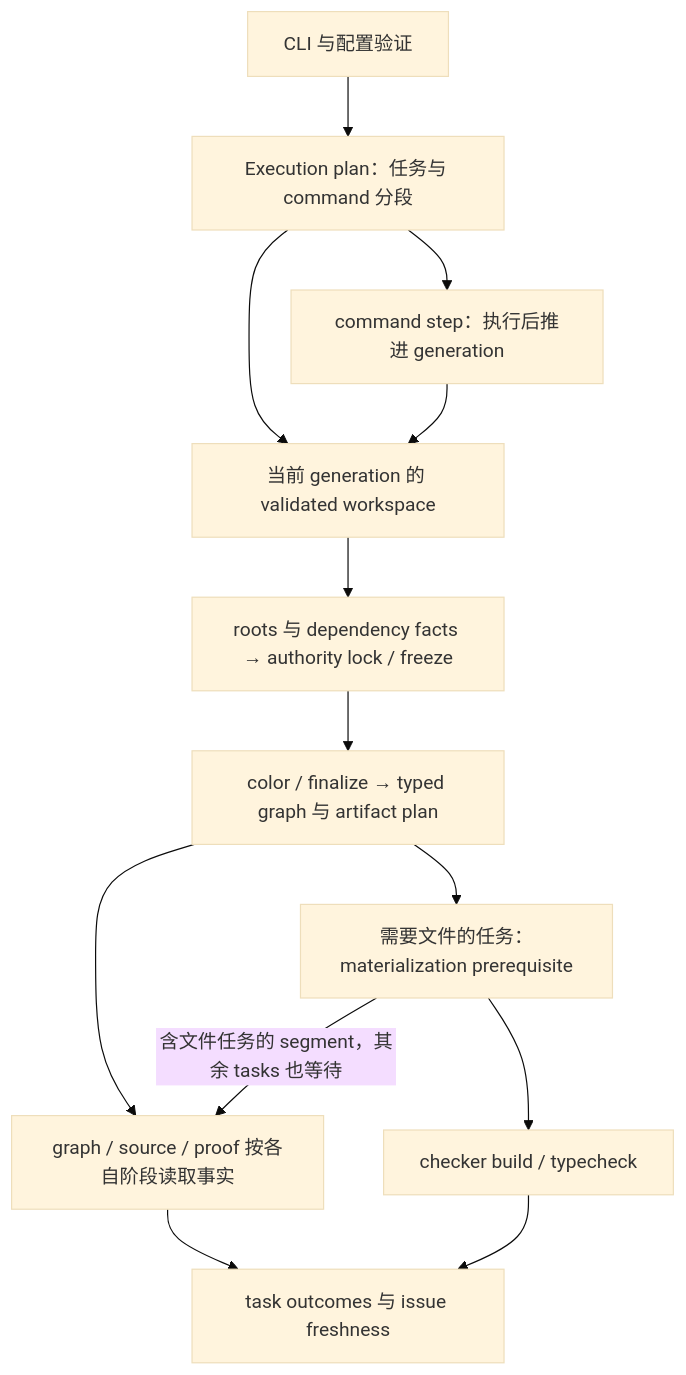
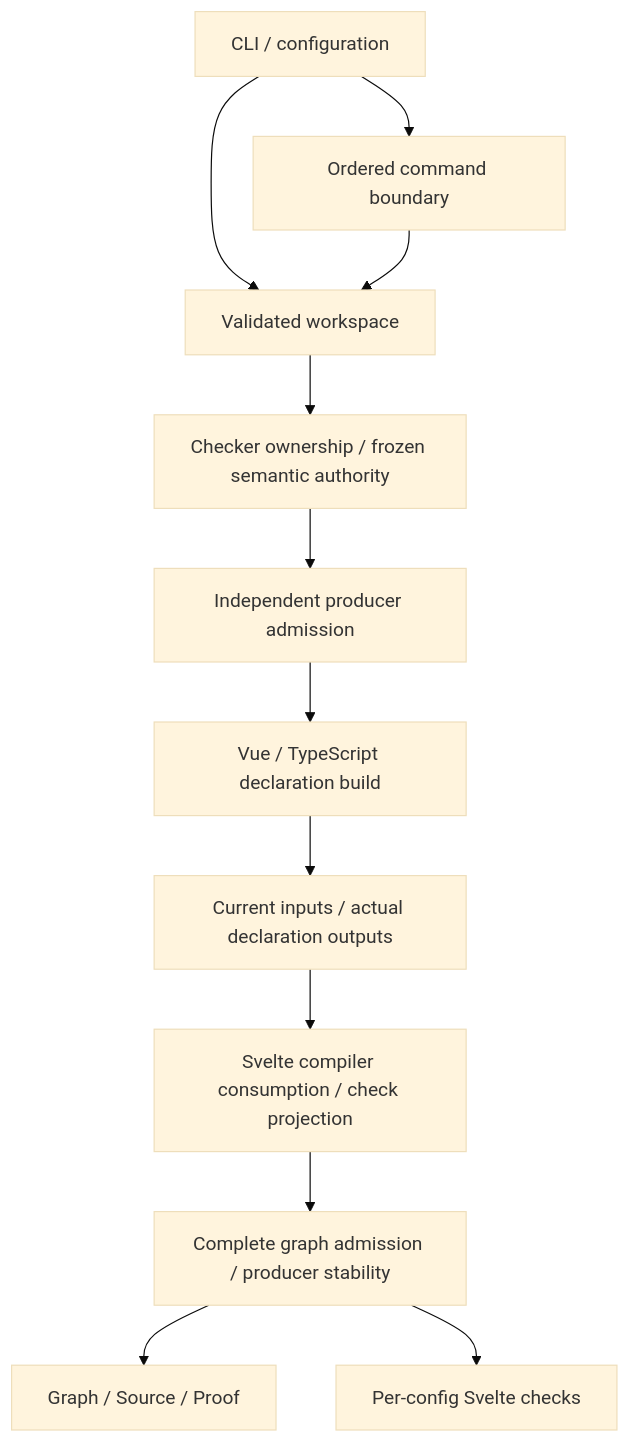
The diagram in .agents/docs/zh/system-model.md (senaoxi/limina), drawn with Mermaid (base theme) before and after one commit. The commit also changed other lines of this file and 92 other files, not shown here.

First line of the commit message:
feat(checker): build producers before Svelte consumer checks

````diff
--- a/.agents/docs/zh/system-model.md
+++ b/.agents/docs/zh/system-model.md
@@ -111,15 +111,14 @@
 ```mermaid
 flowchart TB
-  CLI["CLI 与配置验证"] --> Plan["Execution plan：任务与 command 分段"]
-  Plan --> Workspace["当前 generation 的 validated workspace"]
-  Workspace --> Ownership["roots 与 dependency facts → authority lock / freeze"]
-  Ownership --> Graph["color / finalize → typed graph 与 artifact plan"]
-  Graph --> Checks["graph / source / proof 按各自阶段读取事实"]
-  Graph --> Materialize["需要文件的任务：materialization prerequisite"]
-  Materialize --> Checker["checker build / typecheck"]
-  Materialize -->|"含文件任务的 segment，其余 tasks 也等待"| Checks
-  Checks --> Result["task outcomes 与 issue freshness"]
-  Checker --> Result
-  Plan --> Command["command step：执行后推进 generation"]
+  CLI["CLI / configuration"] --> Workspace["Validated workspace"]
+  Workspace --> Ownership["Checker ownership / frozen semantic authority"]
+  Ownership --> Producers["Independent producer admission"]
+  Producers --> Build["Vue / TypeScript declaration build"]
+  Build --> Receipt["Current inputs / actual declaration outputs"]
+  Receipt --> Resolution["Svelte compiler consumption / check projection"]
+  Resolution --> Final["Complete graph admission / producer stability"]
+  Final --> Checks["Graph / Source / Proof"]
+  Final --> Svelte["Per-config Svelte checks"]
+  CLI --> Command["Ordered command boundary"]
   Command --> Workspace
 ```
````
